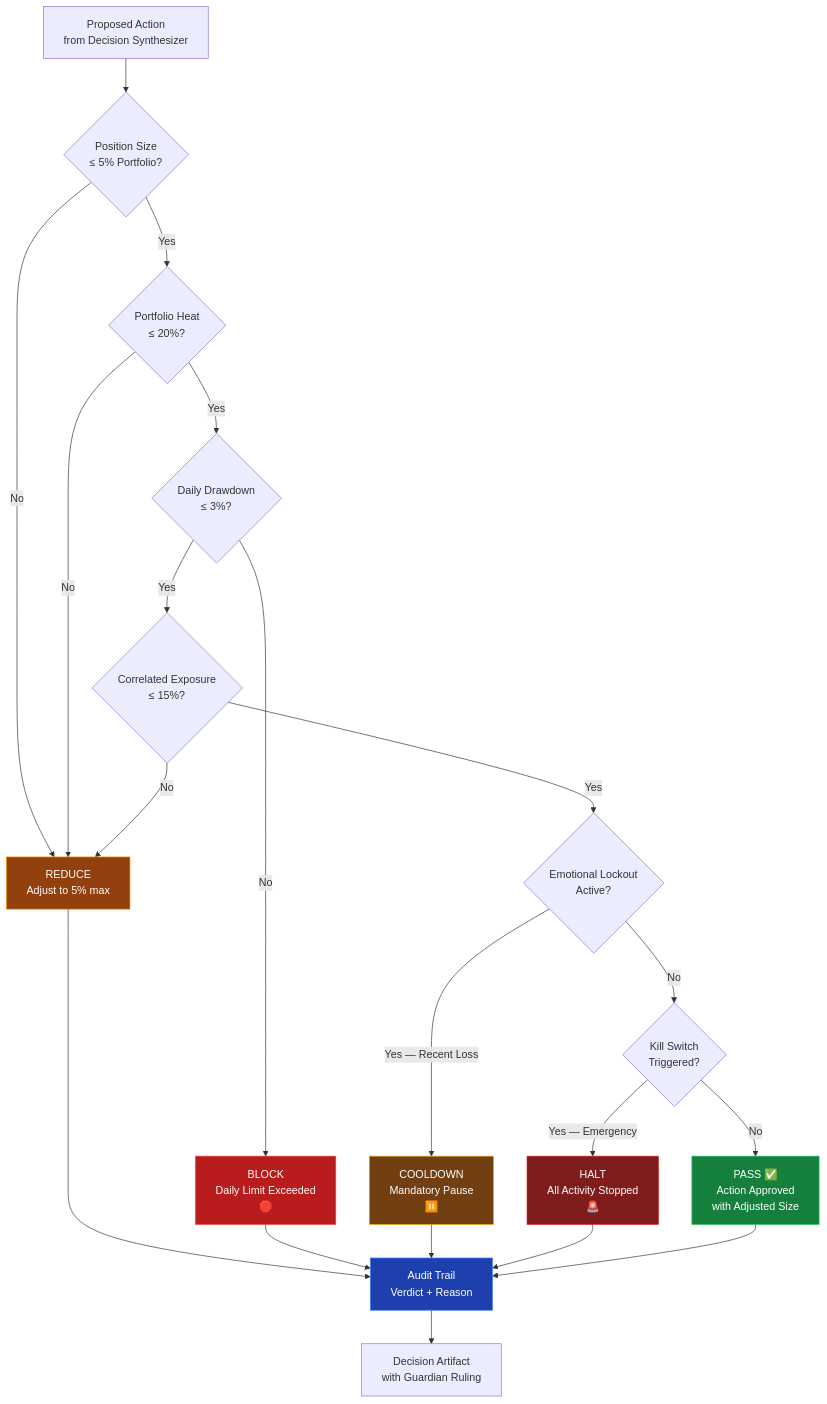
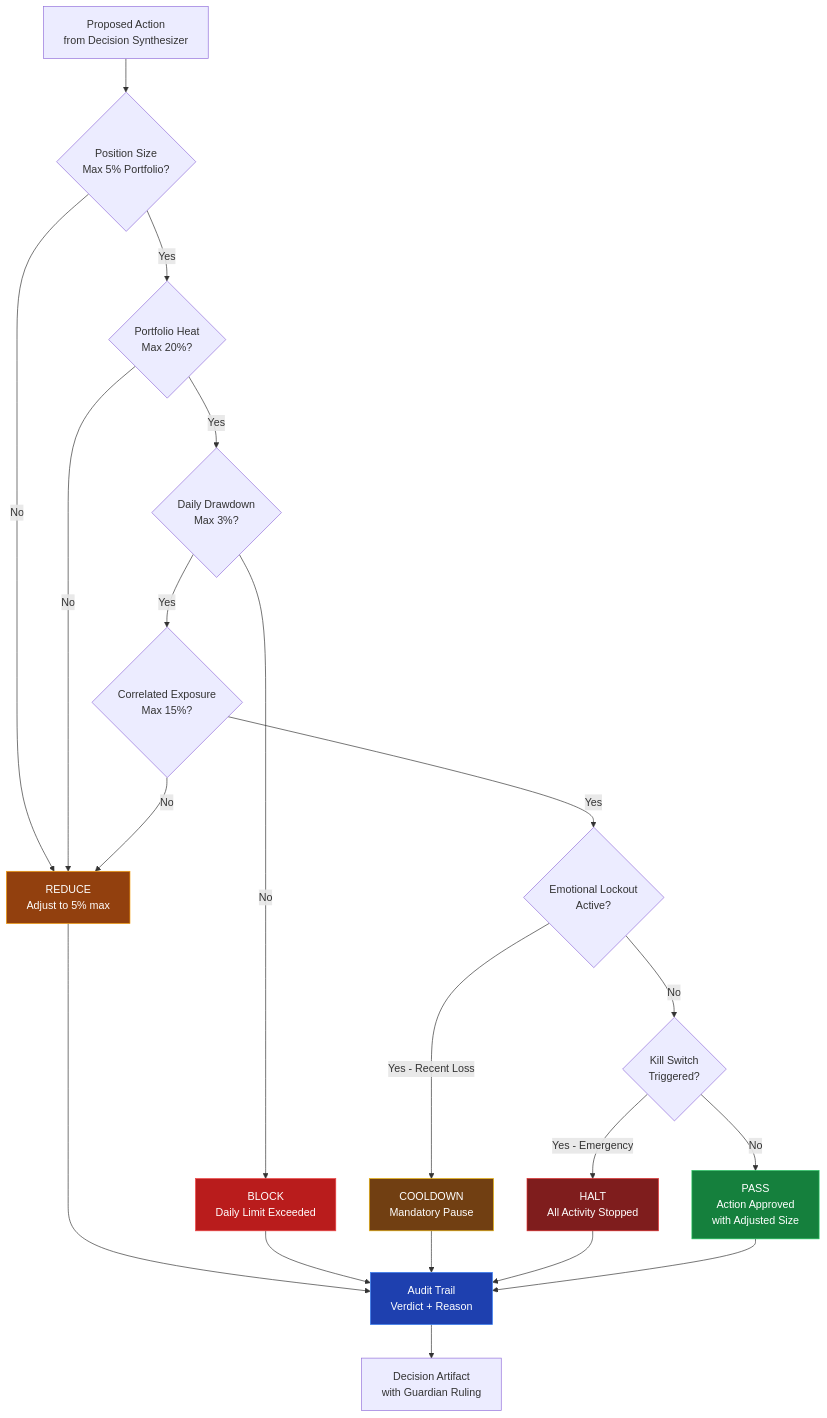
Before and after one commit to mulkymalikuldhrs/Quant-Nanggroe-AI: the fifth of 5 diagrams in README.md, drawn with Mermaid. The commit also changed other lines of this file and 1 other file, not shown here.

Commit message:
🎨 Upgrade: banner image + fixed Mermaid + animations + flow diagrams

````diff
--- a/README.md
+++ b/README.md
@@ -309,43 +301,43 @@
 ```mermaid
 flowchart TD
     Input["Proposed Action<br/>from Decision Synthesizer"]
 
-    Input --> PosCheck{"Position Size<br/>≤ 5% Portfolio?"}
+    Input --> PosCheck{"Position Size<br/>Max 5% Portfolio?"}
     PosCheck -->|"No"| Reduce["REDUCE<br/>Adjust to 5% max"]
     PosCheck -->|"Yes"| HeatCheck
 
-    HeatCheck{"Portfolio Heat<br/>≤ 20%?"}
+    HeatCheck{"Portfolio Heat<br/>Max 20%?"}
     HeatCheck -->|"No"| Reduce
     HeatCheck -->|"Yes"| DrawdownCheck
 
-    DrawdownCheck{"Daily Drawdown<br/>≤ 3%?"}
-    DrawdownCheck -->|"No"| Block["BLOCK<br/>Daily Limit Exceeded<br/>🛑"]
+    DrawdownCheck{"Daily Drawdown<br/>Max 3%?"}
+    DrawdownCheck -->|"No"| Block["BLOCK<br/>Daily Limit Exceeded"]
     DrawdownCheck -->|"Yes"| CorrelCheck
 
-    CorrelCheck{"Correlated Exposure<br/>≤ 15%?"}
+    CorrelCheck{"Correlated Exposure<br/>Max 15%?"}
     CorrelCheck -->|"No"| Reduce
     CorrelCheck -->|"Yes"| EmotionCheck
 
     EmotionCheck{"Emotional Lockout<br/>Active?"}
-    EmotionCheck -->|"Yes — Recent Loss"| Cooldown["COOLDOWN<br/>Mandatory Pause<br/>⏸️"]
+    EmotionCheck -->|"Yes - Recent Loss"| Cooldown["COOLDOWN<br/>Mandatory Pause"]
     EmotionCheck -->|"No"| KillCheck
 
     KillCheck{"Kill Switch<br/>Triggered?"}
-    KillCheck -->|"Yes — Emergency"| Halt["HALT<br/>All Activity Stopped<br/>🚨"]
-    KillCheck -->|"No"| Pass["PASS ✅<br/>Action Approved<br/>with Adjusted Size"]
+    KillCheck -->|"Yes - Emergency"| Halt["HALT<br/>All Activity Stopped"]
+    KillCheck -->|"No"| Pass["PASS<br/>Action Approved<br/>with Adjusted Size"]
 
     Reduce --> AuditLog["Audit Trail<br/>Verdict + Reason"]
     Block --> AuditLog
     Cooldown --> AuditLog
     Halt --> AuditLog
     Pass --> AuditLog
 
     AuditLog --> Output["Decision Artifact<br/>with Guardian Ruling"]
 
     style Halt fill:#7f1d1d,stroke:#dc2626,color:#fff
     style Block fill:#b91c1c,stroke:#ef4444,color:#fff
     style Reduce fill:#92400e,stroke:#f59e0b,color:#fff
     style Cooldown fill:#713f12,stroke:#eab308,color:#fff
     style Pass fill:#15803d,stroke:#22c55e,color:#fff
     style AuditLog fill:#1e40af,stroke:#3b82f6,color:#fff
 ```
````
